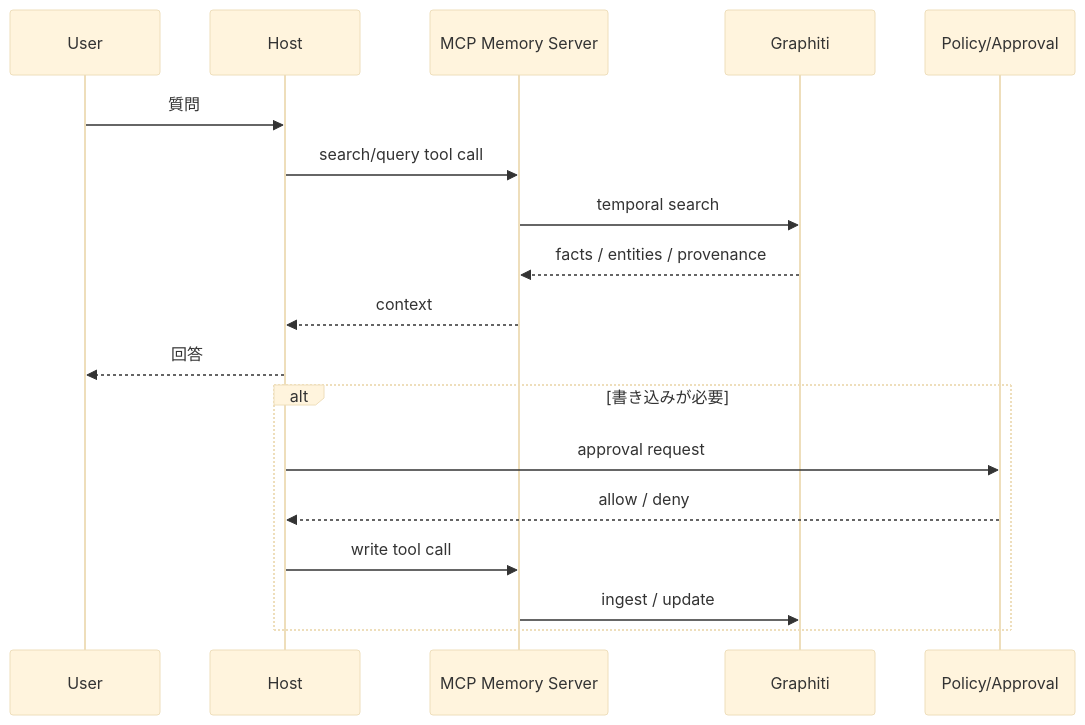
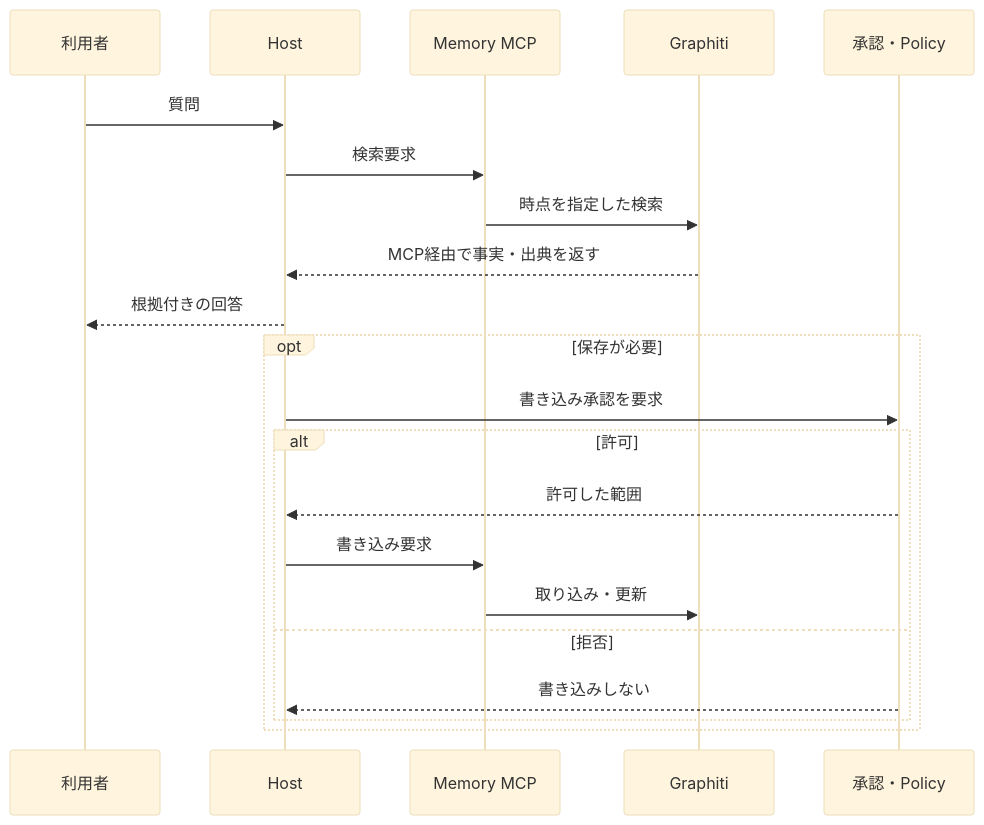
The third of 5 diagrams in articles/report/graphiti-mcp-memory/ja/index.mdx (daylight55/research), drawn with Mermaid (base theme) before and after one commit. The commit also changed other lines of this file and 181 other files, not shown here.

First line of the commit message:
全記事の図解368点を再生成し、共通注意書きを削除 (#402)

````diff
--- a/articles/report/graphiti-mcp-memory/ja/index.mdx
+++ b/articles/report/graphiti-mcp-memory/ja/index.mdx
@@ -106,21 +120,25 @@
 ```mermaid
 sequenceDiagram
-  participant U as User
+  accTitle: 検索回答と承認付き書き込みの順序
+  accDescr: 検索で回答を作り、保存が必要な場合だけ承認を求める。拒否された書き込みは実行しない。
+  participant U as 利用者
   participant H as Host
-  participant M as MCP Memory Server
+  participant M as Memory MCP
   participant G as Graphiti
-  participant P as Policy/Approval
-
+  participant P as 承認・Policy
   U->>H: 質問
-  H->>M: search/query tool call
-  M->>G: temporal search
-  G-->>M: facts / entities / provenance
-  M-->>H: context
-  H-->>U: 回答
-  alt 書き込みが必要
-    H->>P: approval request
-    P-->>H: allow / deny
-    H->>M: write tool call
-    M->>G: ingest / update
+  H->>M: 検索要求
+  M->>G: 時点を指定した検索
+  G-->>H: MCP経由で事実・出典を返す
+  H-->>U: 根拠付きの回答
+  opt 保存が必要
+    H->>P: 書き込み承認を要求
+    alt 許可
+      P-->>H: 許可した範囲
+      H->>M: 書き込み要求
+      M->>G: 取り込み・更新
+    else 拒否
+      P-->>H: 書き込みしない
+    end
   end
 ```
````
